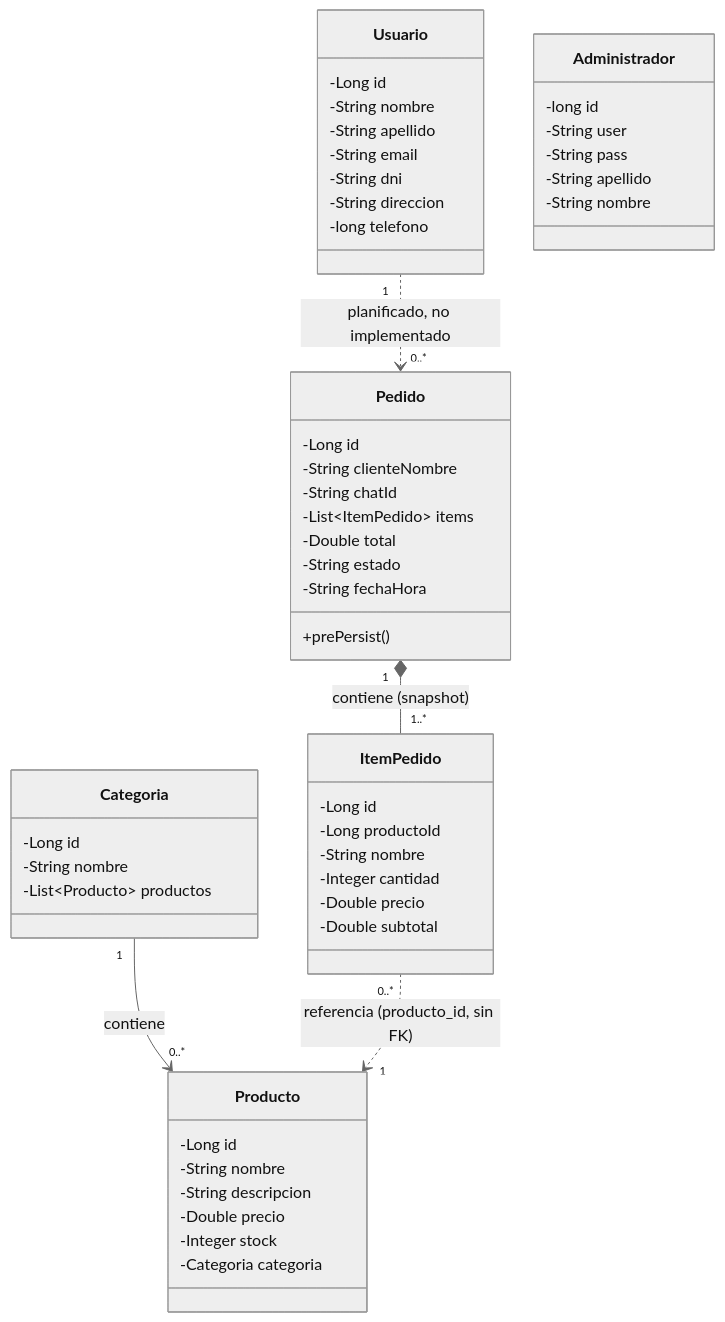
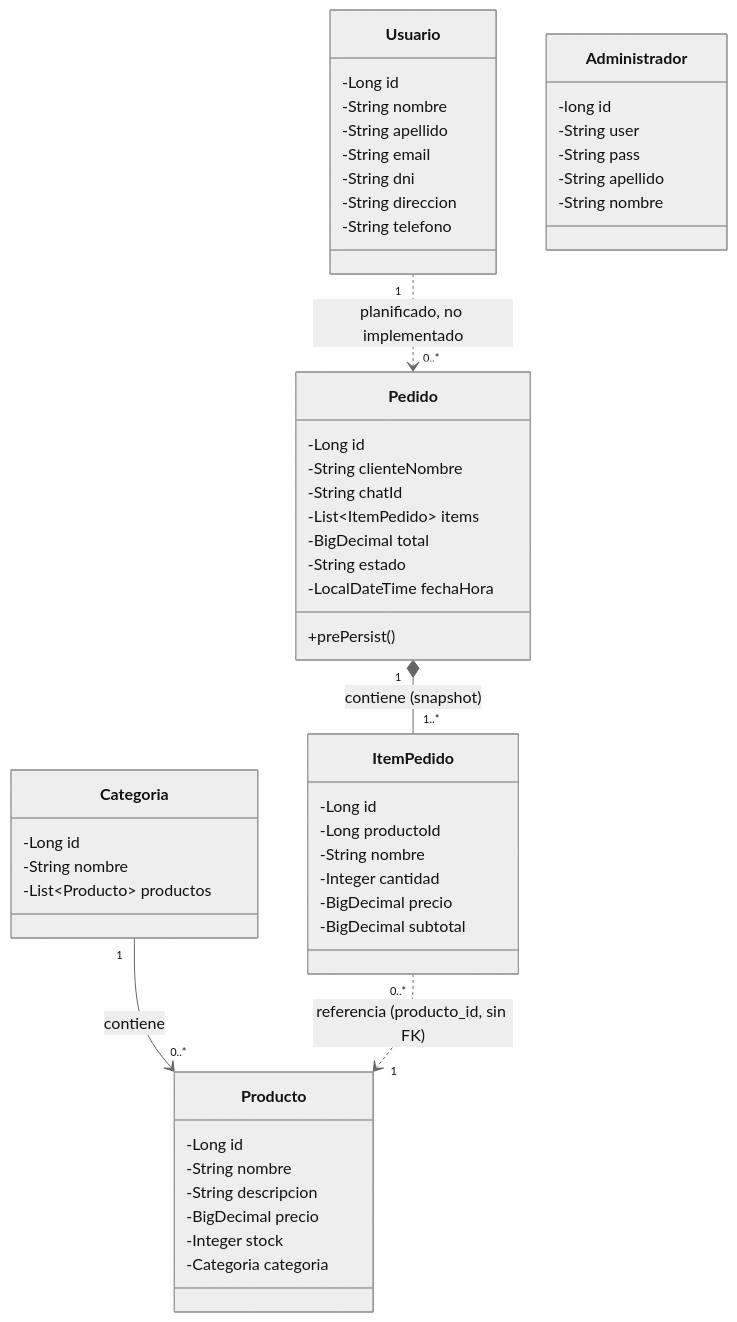
Before and after one commit to marianovidela1988-svg/integrador_final: the diagram in docs/diagramas/diagrama_clases.mmd, drawn with Mermaid (neutral theme). The commit also changed 7 other files, not shown here.

First line of the commit message:
Etapa 1 de la devolución sobre v13: regenera diagramas y crea Informe_Tesis_v14

```diff
--- a/docs/diagramas/diagrama_clases.mmd
+++ b/docs/diagramas/diagrama_clases.mmd
@@ -1,58 +1,58 @@
 classDiagram
     class Categoria {
         -Long id
         -String nombre
         -List~Producto~ productos
     }
 
     class Producto {
         -Long id
         -String nombre
         -String descripcion
-        -Double precio
+        -BigDecimal precio
         -Integer stock
         -Categoria categoria
     }
 
     class Pedido {
         -Long id
         -String clienteNombre
         -String chatId
         -List~ItemPedido~ items
-        -Double total
+        -BigDecimal total
         -String estado
-        -String fechaHora
+        -LocalDateTime fechaHora
         +prePersist()
     }
 
     class ItemPedido {
         -Long id
         -Long productoId
         -String nombre
         -Integer cantidad
-        -Double precio
-        -Double subtotal
+        -BigDecimal precio
+        -BigDecimal subtotal
     }
 
     class Usuario {
         -Long id
         -String nombre
         -String apellido
         -String email
         -String dni
         -String direccion
-        -long telefono
+        -String telefono
     }
 
     class Administrador {
         -long id
         -String user
         -String pass
         -String apellido
         -String nombre
     }
 
     Categoria "1" --> "0..*" Producto : contiene
     Pedido "1" *-- "1..*" ItemPedido : contiene (snapshot)
     ItemPedido "0..*" ..> "1" Producto : referencia (producto_id, sin FK)
     Usuario "1" ..> "0..*" Pedido : planificado, no implementado
```
